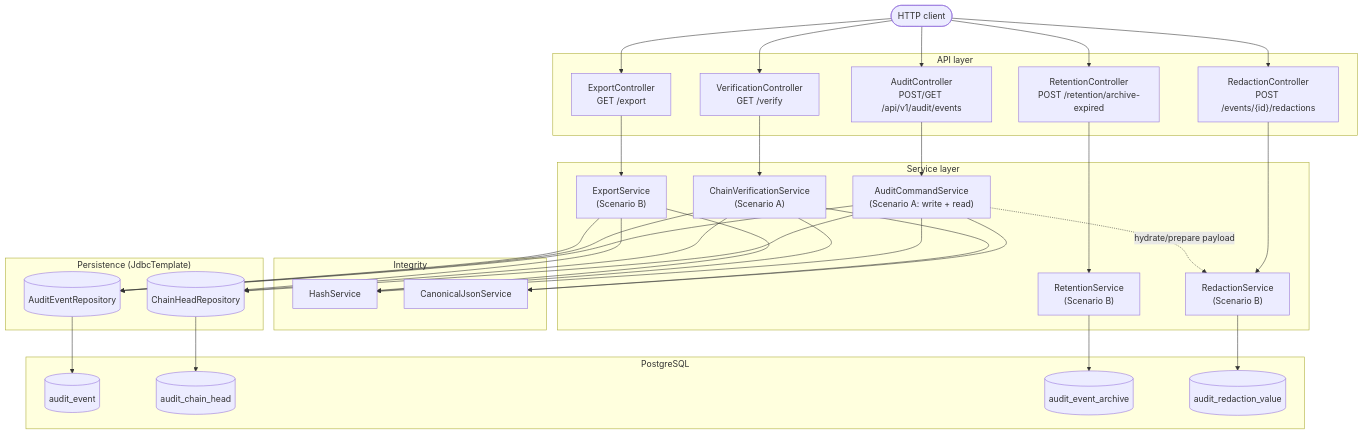
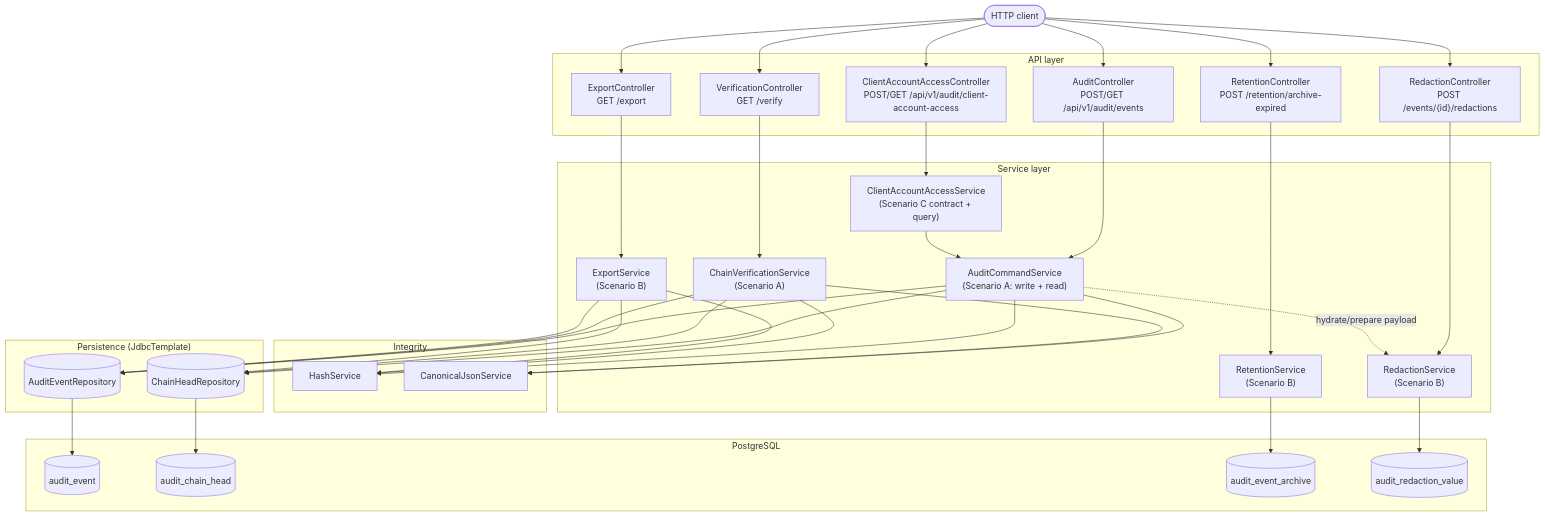
One commit to rajiashareenshaik/tamper-evident-audit-log changed the second of 2 diagrams in docs/architecture.md. Above: the diagram before and after it, drawn with Mermaid. The commit also changed other lines of this file and 9 other files, not shown here.

Commit message:
testcases cover client account access auditing

````diff
--- a/docs/architecture.md
+++ b/docs/architecture.md
@@ -16,57 +61,61 @@
 ```mermaid
 flowchart TB
     Client(["HTTP client"])
 
     subgraph API["API layer"]
         AuditController["AuditController<br/>POST/GET /api/v1/audit/events"]
+        ClientAccountAccessController["ClientAccountAccessController<br/>POST/GET /api/v1/audit/client-account-access"]
         RetentionController["RetentionController<br/>POST /retention/archive-expired"]
         RedactionController["RedactionController<br/>POST /events/{id}/redactions"]
         ExportController["ExportController<br/>GET /export"]
         VerificationController["VerificationController<br/>GET /verify"]
     end
 
     subgraph SVC["Service layer"]
         AuditCommandService["AuditCommandService<br/>(Scenario A: write + read)"]
+        ClientAccountAccessService["ClientAccountAccessService<br/>(Scenario C contract + query)"]
         ChainVerificationService["ChainVerificationService<br/>(Scenario A)"]
         RetentionService["RetentionService<br/>(Scenario B)"]
         RedactionService["RedactionService<br/>(Scenario B)"]
         ExportService["ExportService<br/>(Scenario B)"]
     end
 
     subgraph INT["Integrity"]
         HashService["HashService"]
         CanonicalJsonService["CanonicalJsonService"]
     end
 
     subgraph REPO["Persistence (JdbcTemplate)"]
         AuditEventRepository[("AuditEventRepository")]
         ChainHeadRepository[("ChainHeadRepository")]
     end
 
     subgraph PG["PostgreSQL"]
         audit_event[("audit_event")]
         audit_chain_head[("audit_chain_head")]
         audit_event_archive[("audit_event_archive")]
         audit_redaction_value[("audit_redaction_value")]
     end
 
-    Client --> AuditController & RetentionController & RedactionController & ExportController & VerificationController
+    Client --> AuditController & ClientAccountAccessController & RetentionController & RedactionController & ExportController & VerificationController
 
     AuditController --> AuditCommandService
+    ClientAccountAccessController --> ClientAccountAccessService
+    ClientAccountAccessService --> AuditCommandService
     RetentionController --> RetentionService
     RedactionController --> RedactionService
     ExportController --> ExportService
     VerificationController --> ChainVerificationService
 
     AuditCommandService --> HashService & CanonicalJsonService & ChainHeadRepository & AuditEventRepository
     AuditCommandService -. "hydrate/prepare payload" .-> RedactionService
 
     ChainVerificationService --> AuditEventRepository & ChainHeadRepository & HashService & CanonicalJsonService
     ExportService --> AuditEventRepository & ChainHeadRepository & HashService
 
     RetentionService --> audit_event_archive
     RedactionService --> audit_redaction_value
 
     AuditEventRepository --> audit_event
     ChainHeadRepository --> audit_chain_head
 ```
````
